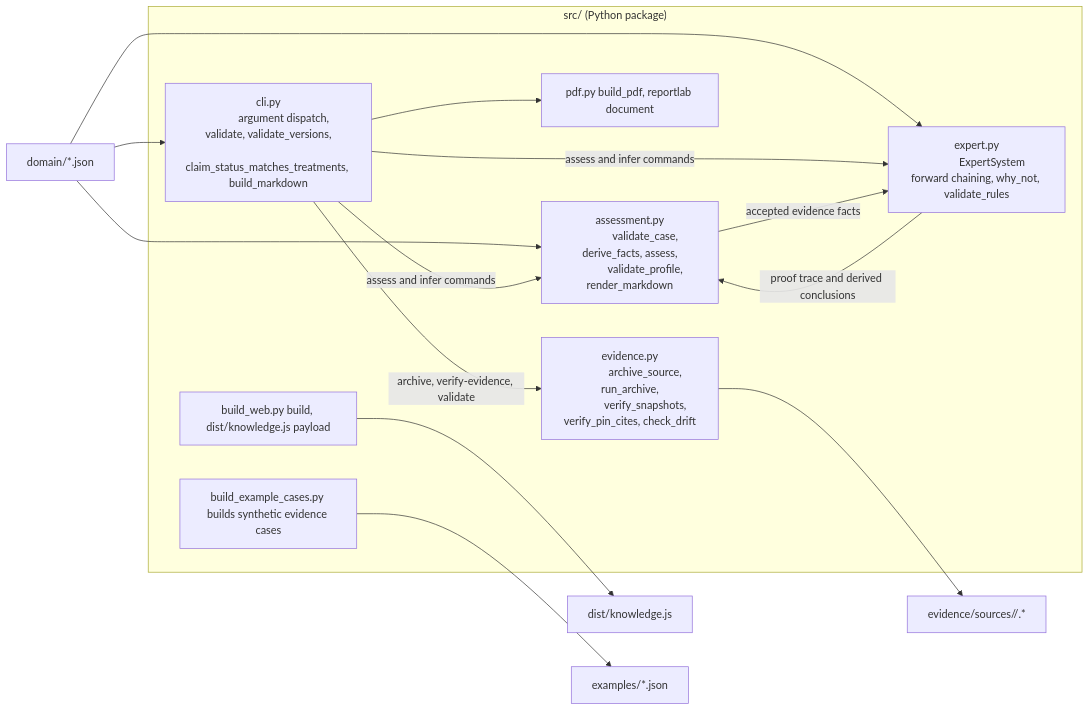
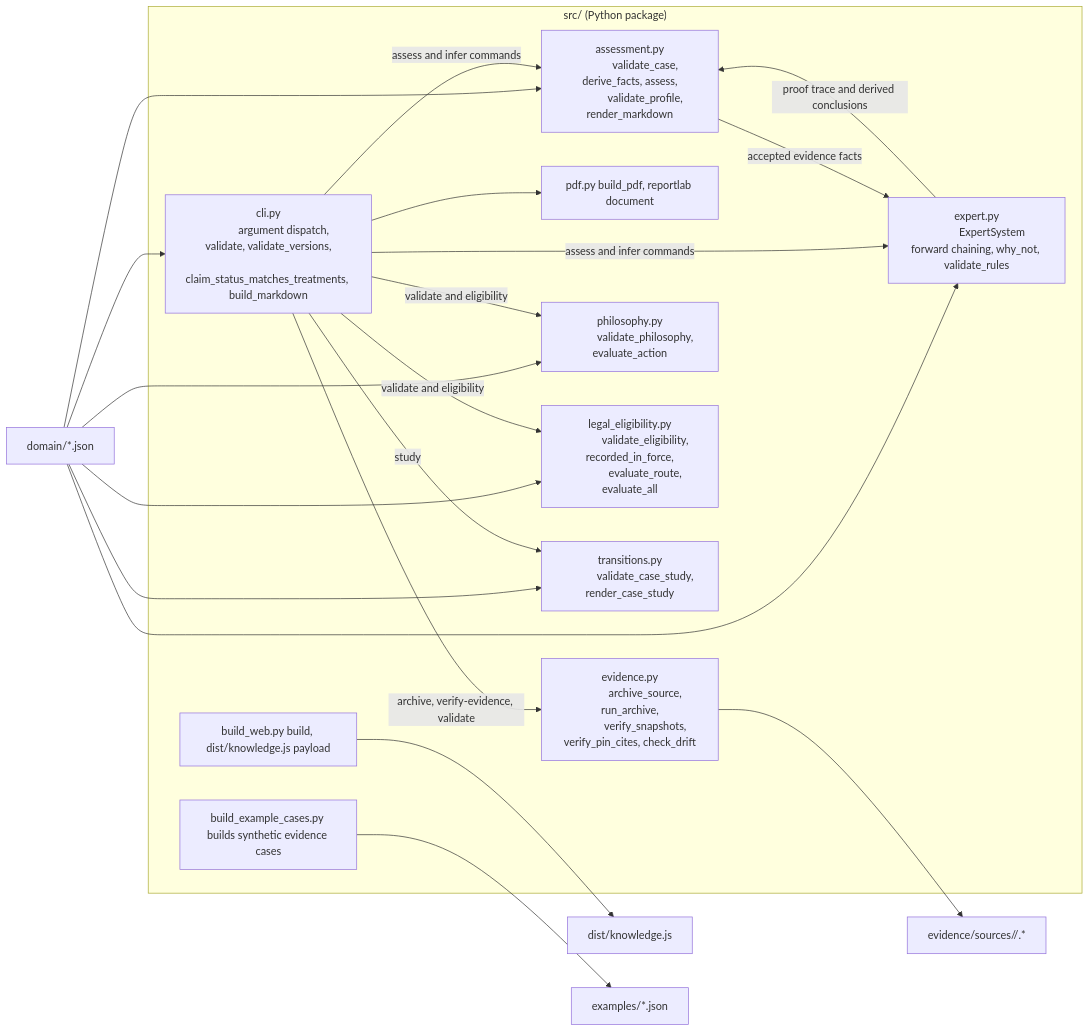
One commit to bitkojine/bitcoin-bridge-research changed the third of 5 diagrams in docs/architecture-c4.md. Above: the diagram before and after it, drawn with Mermaid. The commit also changed other lines of this file and 1 other file, not shown here.

Commit message:
Bring C4 architecture documentation in line with reality

````diff
--- a/docs/architecture-c4.md
+++ b/docs/architecture-c4.md
@@ -101,28 +110,37 @@
 ```mermaid
 flowchart LR
     subgraph CLI["src/ (Python package)"]
         cli["cli.py
             argument dispatch, validate, validate_versions,
             claim_status_matches_treatments, build_markdown"]
         asm["assessment.py
             validate_case, derive_facts, assess,
             validate_profile, render_markdown"]
         exp["expert.py
             ExpertSystem forward chaining, why_not, validate_rules"]
         pdf["pdf.py build_pdf, reportlab document"]
         bw["build_web.py build, dist/knowledge.js payload"]
         bc["build_example_cases.py builds synthetic evidence cases"]
         ev["evidence.py
             archive_source, run_archive,
             verify_snapshots, verify_pin_cites, check_drift"]
+        ph["philosophy.py
+            validate_philosophy, evaluate_action"]
+        le["legal_eligibility.py
+            validate_eligibility, recorded_in_force,
+            evaluate_route, evaluate_all"]
+        tr["transitions.py
+            validate_case_study, render_case_study"]
     end
-    KB["domain/*.json"] --> cli & asm & exp
+    KB["domain/*.json"] --> cli & asm & exp & ph & le & tr
     cli -->|assess and infer commands| asm & exp
     asm -->|accepted evidence facts| exp
     exp -->|proof trace and derived conclusions| asm
     cli --> pdf
     cli -->|archive, verify-evidence, validate| ev
+    cli -->|validate and eligibility| ph & le
+    cli -->|study| tr
     ev --> SNAP["evidence/sources/<id>/<sha256>.*"]
     bw --> ART["dist/knowledge.js"]
     bc --> EX["examples/*.json"]
 ```
````
